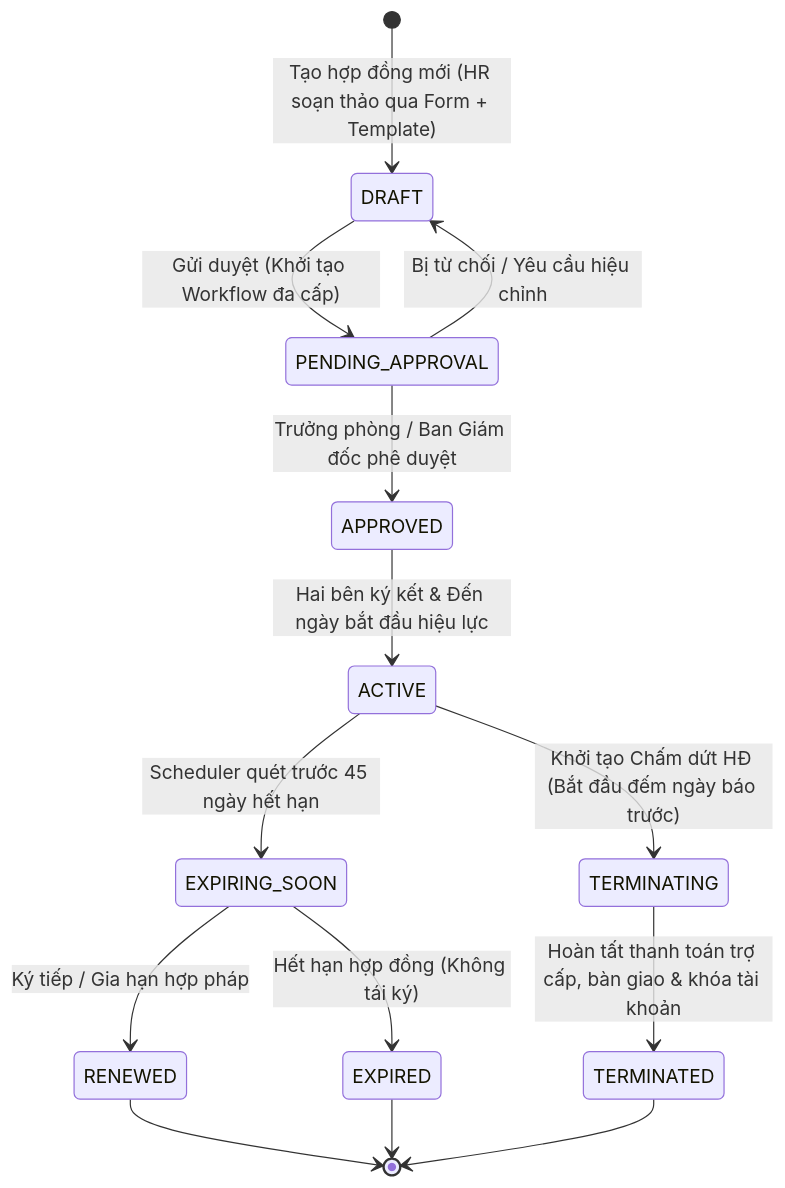
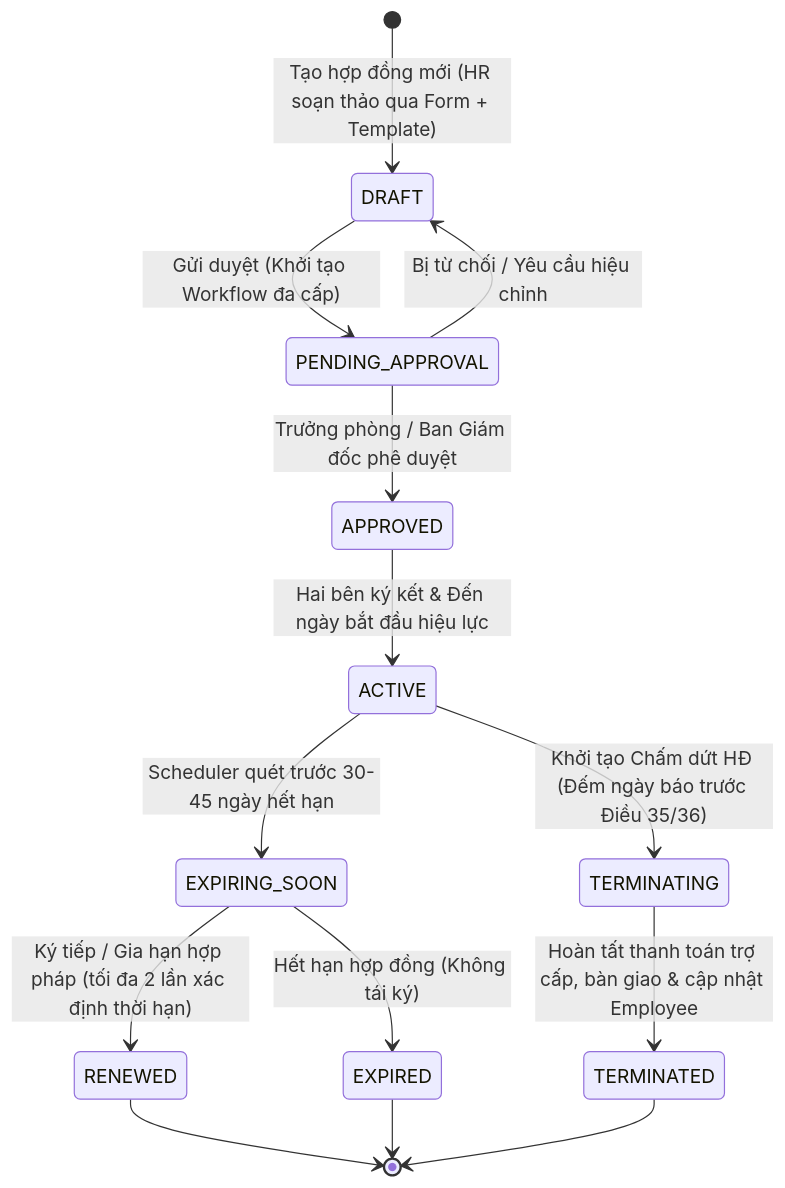
Before and after one commit to henruysun2511/cyclosa_backend: the second of 2 diagrams in docs/ba/quan-ly-hop-dong.md, drawn with Mermaid. The commit also changed other lines of this file and 986 other files, not shown here.

````diff
--- a/docs/ba/quan-ly-hop-dong.md
+++ b/docs/ba/quan-ly-hop-dong.md
@@ -313,19 +176,19 @@
 ```mermaid
 stateDiagram-v2
     [*] --> DRAFT: Tạo hợp đồng mới (HR soạn thảo qua Form + Template)
     DRAFT --> PENDING_APPROVAL: Gửi duyệt (Khởi tạo Workflow đa cấp)
     PENDING_APPROVAL --> DRAFT: Bị từ chối / Yêu cầu hiệu chỉnh
     PENDING_APPROVAL --> APPROVED: Trưởng phòng / Ban Giám đốc phê duyệt
     APPROVED --> ACTIVE: Hai bên ký kết & Đến ngày bắt đầu hiệu lực
     
-    ACTIVE --> EXPIRING_SOON: Scheduler quét trước 45 ngày hết hạn
-    EXPIRING_SOON --> RENEWED: Ký tiếp / Gia hạn hợp pháp
+    ACTIVE --> EXPIRING_SOON: Scheduler quét trước 30-45 ngày hết hạn
+    EXPIRING_SOON --> RENEWED: Ký tiếp / Gia hạn hợp pháp (tối đa 2 lần xác định thời hạn)
     EXPIRING_SOON --> EXPIRED: Hết hạn hợp đồng (Không tái ký)
     
-    ACTIVE --> TERMINATING: Khởi tạo Chấm dứt HĐ (Bắt đầu đếm ngày báo trước)
-    TERMINATING --> TERMINATED: Hoàn tất thanh toán trợ cấp, bàn giao & khóa tài khoản
+    ACTIVE --> TERMINATING: Khởi tạo Chấm dứt HĐ (Đếm ngày báo trước Điều 35/36)
+    TERMINATING --> TERMINATED: Hoàn tất thanh toán trợ cấp, bàn giao & cập nhật Employee
     
     RENEWED --> [*]
     EXPIRED --> [*]
     TERMINATED --> [*]
 ```
````
